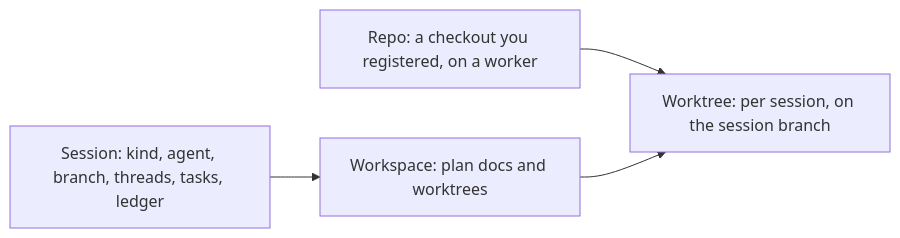
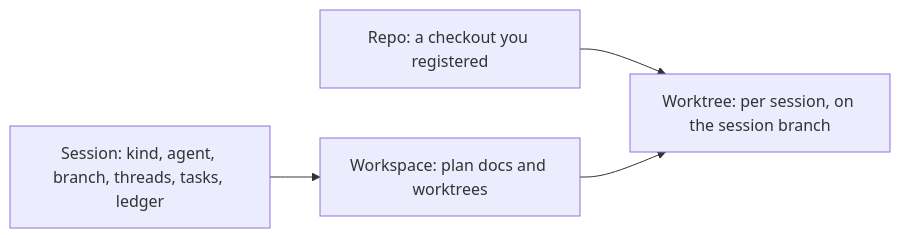
Before and after one commit to liamg/oriel: the first of 2 diagrams in _design/sessions.md, drawn with Mermaid. The commit also changed other lines of this file and 339 other files, not shown here.

````diff
--- a/_design/sessions.md
+++ b/_design/sessions.md
@@ -8,6 +8,6 @@
 ```mermaid
 flowchart LR
-  Repo["Repo: a checkout you registered, on a worker"] --> WT["Worktree: per session, on the session branch"]
+  Repo["Repo: a checkout you registered"] --> WT["Worktree: per session, on the session branch"]
   WS["Workspace: plan docs and worktrees"] --> WT
   S["Session: kind, agent, branch, threads, tasks, ledger"] --> WS
 ```
````
